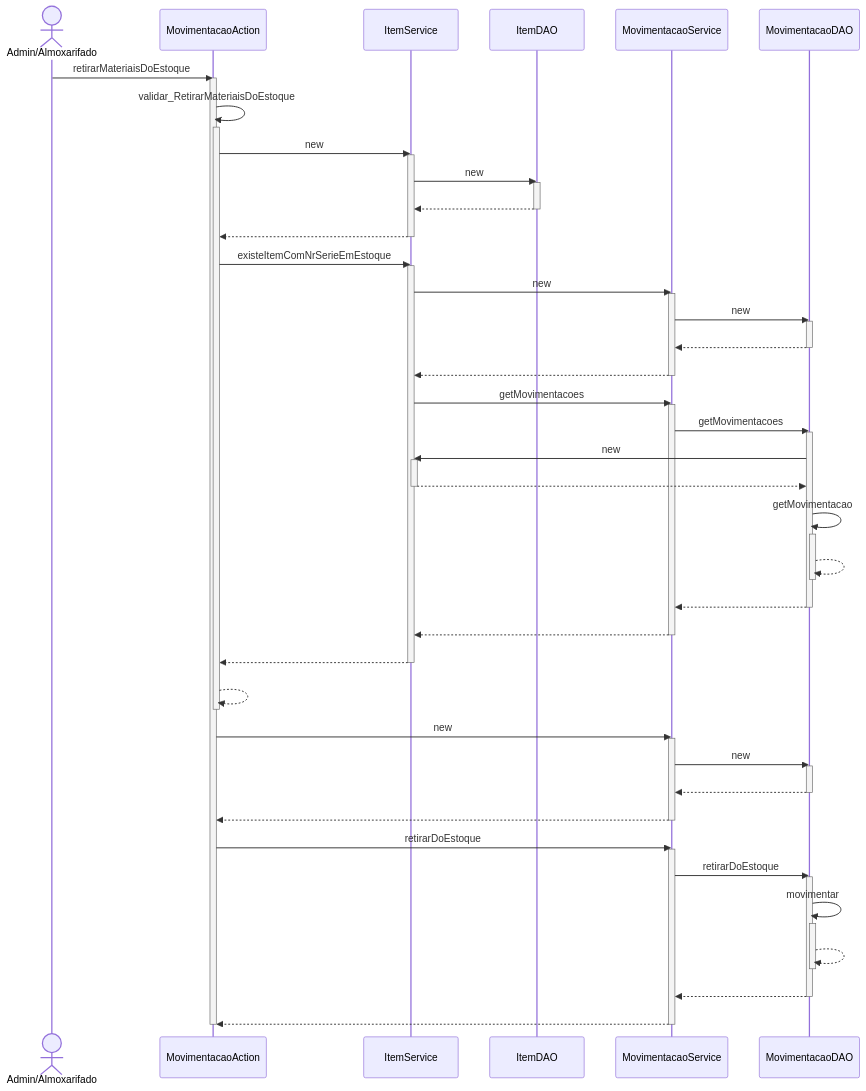
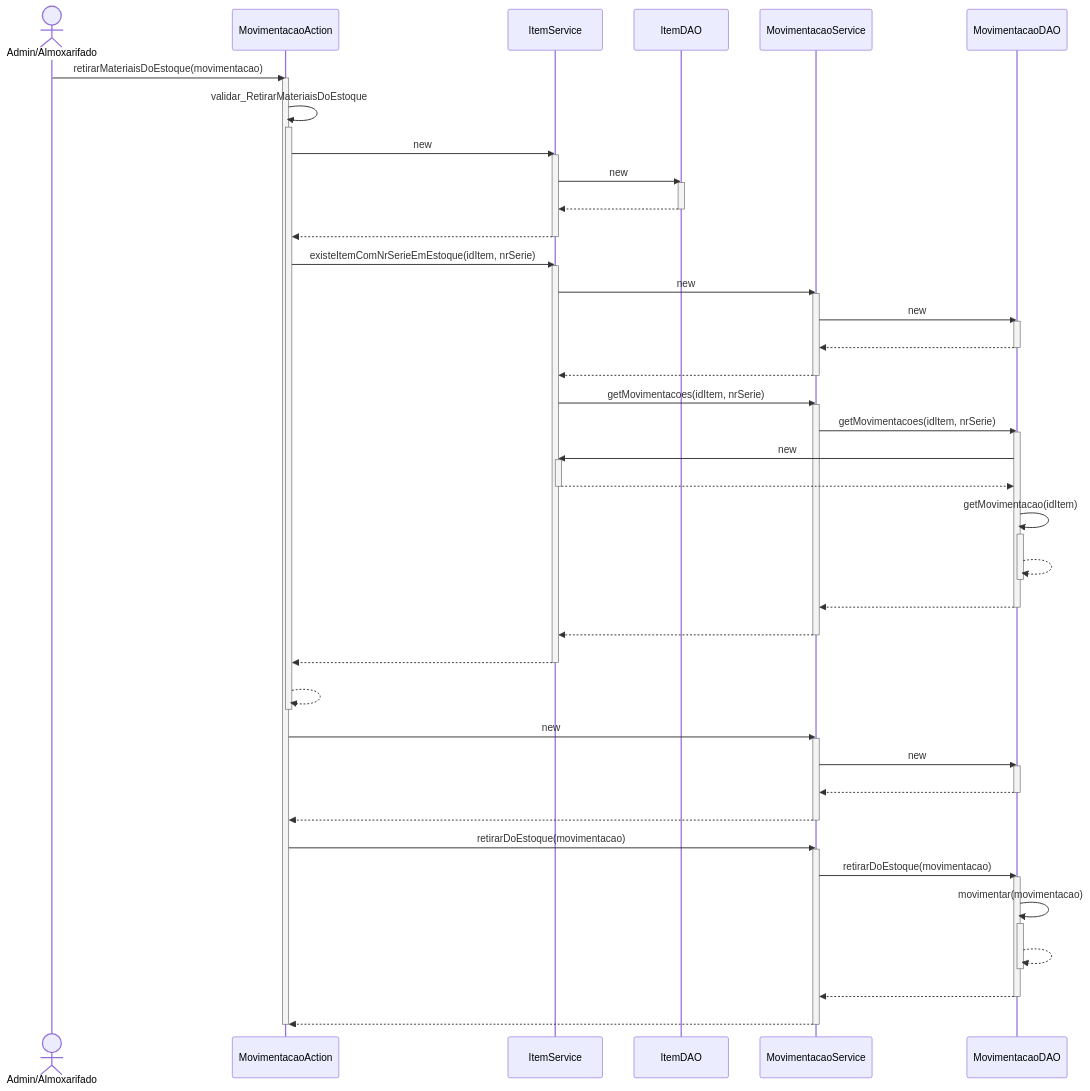
One commit to branqsMRP/SequenceDiagram changed the diagram in DiagramaSequencia/Novo Diagrama Sequencia/Movimentacao/Retirar Materiais Do Estoque.mmd. Above: the diagram before and after it, drawn with Mermaid. The commit also changed 5 other files, not shown here.

```diff
--- a/DiagramaSequencia/Novo Diagrama Sequencia/Movimentacao/Retirar Materiais Do Estoque.mmd
+++ b/DiagramaSequencia/Novo Diagrama Sequencia/Movimentacao/Retirar Materiais Do Estoque.mmd
@@ -1,65 +1,65 @@
 sequenceDiagram
 actor AA as Admin/Almoxarifado
-AA ->> MovimentacaoAction : retirarMateriaisDoEstoque
+AA ->> MovimentacaoAction : retirarMateriaisDoEstoque(movimentacao)
 activate MovimentacaoAction
 MovimentacaoAction ->> MovimentacaoAction : validar_RetirarMateriaisDoEstoque
 activate MovimentacaoAction
 MovimentacaoAction ->> ItemService : new
 activate ItemService
 ItemService ->> ItemDAO : new
 activate ItemDAO
 ItemDAO -->> ItemService : #32; 
 deactivate ItemDAO
 ItemService -->> MovimentacaoAction : #32; 
 deactivate ItemService
-MovimentacaoAction ->> ItemService : existeItemComNrSerieEmEstoque
+MovimentacaoAction ->> ItemService : existeItemComNrSerieEmEstoque(idItem, nrSerie)
 activate ItemService
 ItemService ->> MovimentacaoService : new
 activate MovimentacaoService
 MovimentacaoService ->> MovimentacaoDAO : new
 activate MovimentacaoDAO
 MovimentacaoDAO -->> MovimentacaoService : #32; 
 deactivate MovimentacaoDAO
 MovimentacaoService -->> ItemService : #32; 
 deactivate MovimentacaoService
-ItemService ->> MovimentacaoService : getMovimentacoes
+ItemService ->> MovimentacaoService : getMovimentacoes(idItem, nrSerie)
 activate MovimentacaoService
-MovimentacaoService ->> MovimentacaoDAO : getMovimentacoes
+MovimentacaoService ->> MovimentacaoDAO : getMovimentacoes(idItem, nrSerie)
 activate MovimentacaoDAO
 MovimentacaoDAO ->> ItemService : new
 activate ItemService
 ItemService -->> MovimentacaoDAO : #32; 
 deactivate ItemService
-MovimentacaoDAO ->> MovimentacaoDAO : getMovimentacao
+MovimentacaoDAO ->> MovimentacaoDAO : getMovimentacao(idItem)
 activate MovimentacaoDAO
 MovimentacaoDAO -->> MovimentacaoDAO : #32; 
 deactivate MovimentacaoDAO
 MovimentacaoDAO -->> MovimentacaoService : #32; 
 deactivate MovimentacaoDAO
 MovimentacaoService -->> ItemService : #32; 
 deactivate MovimentacaoService
 ItemService -->> MovimentacaoAction : #32; 
 deactivate ItemService
 MovimentacaoAction -->> MovimentacaoAction : #32; 
 deactivate MovimentacaoAction
 MovimentacaoAction ->> MovimentacaoService : new
 activate MovimentacaoService
 MovimentacaoService ->> MovimentacaoDAO : new
 activate MovimentacaoDAO
 MovimentacaoDAO -->> MovimentacaoService : #32; 
 deactivate MovimentacaoDAO
 MovimentacaoService -->> MovimentacaoAction : #32; 
 deactivate MovimentacaoService
-MovimentacaoAction ->> MovimentacaoService : retirarDoEstoque
+MovimentacaoAction ->> MovimentacaoService : retirarDoEstoque(movimentacao)
 activate MovimentacaoService
-MovimentacaoService ->> MovimentacaoDAO : retirarDoEstoque
+MovimentacaoService ->> MovimentacaoDAO : retirarDoEstoque(movimentacao)
 activate MovimentacaoDAO
-MovimentacaoDAO ->> MovimentacaoDAO : movimentar
+MovimentacaoDAO ->> MovimentacaoDAO : movimentar(movimentacao)
 activate MovimentacaoDAO
 MovimentacaoDAO -->> MovimentacaoDAO : #32; 
 deactivate MovimentacaoDAO
 MovimentacaoDAO -->> MovimentacaoService : #32; 
 deactivate MovimentacaoDAO
 MovimentacaoService -->> MovimentacaoAction : #32; 
 deactivate MovimentacaoService
 deactivate MovimentacaoAction
```
